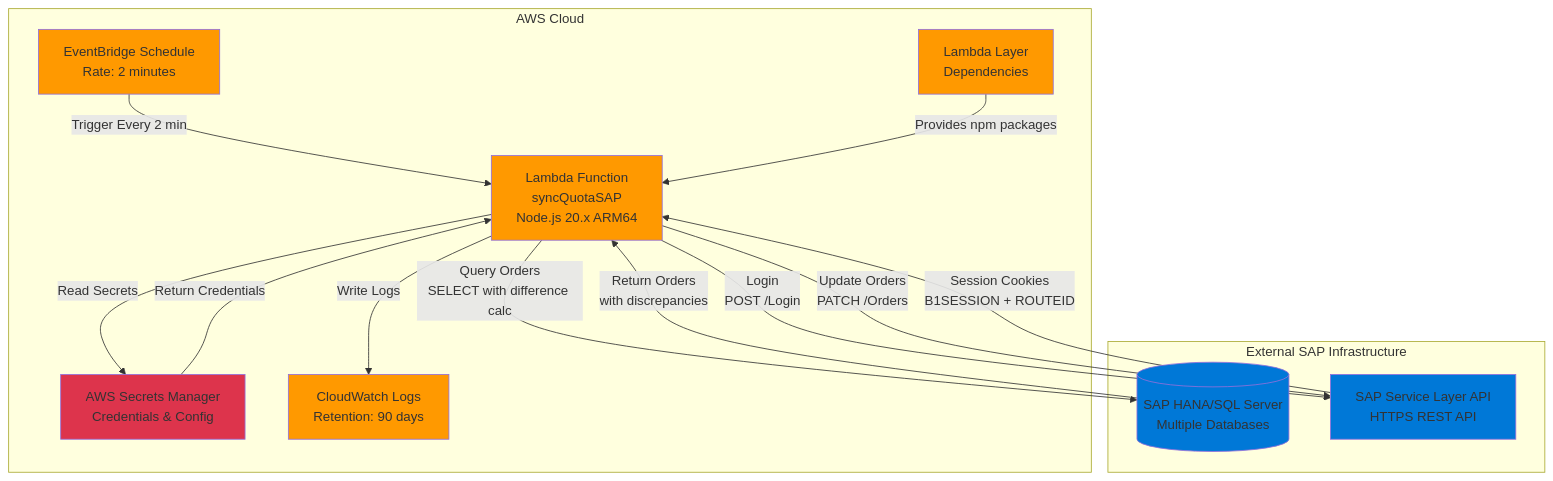
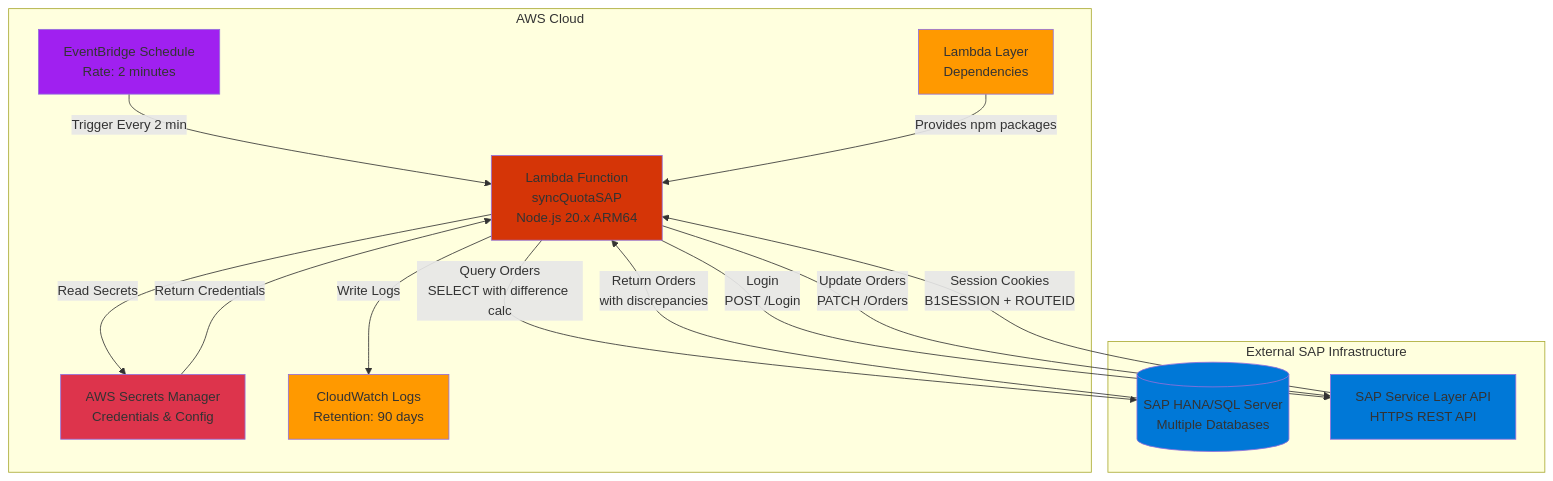
The first of 2 diagrams in README.md (Sistemas-Logisticos-y-Corporativos/generic-lambdas), drawn with Mermaid before and after one commit. The commit also changed other lines of this file, not shown here.

First line of the commit message:
Clean up README and update diagram colors

````diff
--- a/README.md
+++ b/README.md
@@ -14,34 +14,34 @@
 ```mermaid
 graph TB
     subgraph "AWS Cloud"
         EB[EventBridge Schedule<br/>Rate: 2 minutes]
         Lambda[Lambda Function<br/>syncQuotaSAP<br/>Node.js 20.x ARM64]
         SM[AWS Secrets Manager<br/>Credentials & Config]
         CW[CloudWatch Logs<br/>Retention: 90 days]
         Layer[Lambda Layer<br/>Dependencies]
     end
     
     subgraph "External SAP Infrastructure"
         SAPDB[(SAP HANA/SQL Server<br/>Multiple Databases)]
         SAPSL[SAP Service Layer API<br/>HTTPS REST API]
     end
     
     EB -->|Trigger Every 2 min| Lambda
     Lambda -->|Read Secrets| SM
     SM -->|Return Credentials| Lambda
     Lambda -->|Write Logs| CW
     Layer -->|Provides npm packages| Lambda
     Lambda -->|Query Orders<br/>SELECT with difference calc| SAPDB
     SAPDB -->|Return Orders<br/>with discrepancies| Lambda
     Lambda -->|Login<br/>POST /Login| SAPSL
     SAPSL -->|Session Cookies<br/>B1SESSION + ROUTEID| Lambda
     Lambda -->|Update Orders<br/>PATCH /Orders| SAPSL
     
-    style EB fill:#FF9900
-    style Lambda fill:#FF9900
+    style EB fill:#A020F0
+    style Lambda fill:#D53507
     style SM fill:#DD344C
     style CW fill:#FF9900
     style Layer fill:#FF9900
     style SAPDB fill:#0078D7
     style SAPSL fill:#0078D7
 ```
````
